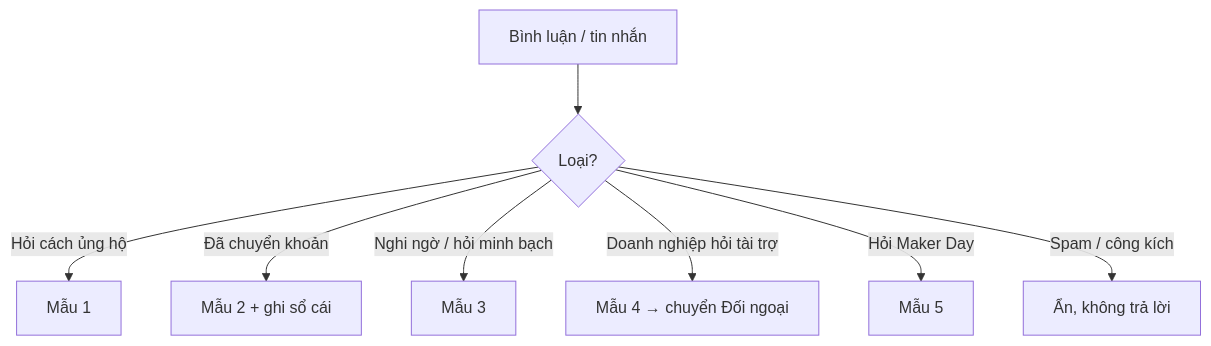
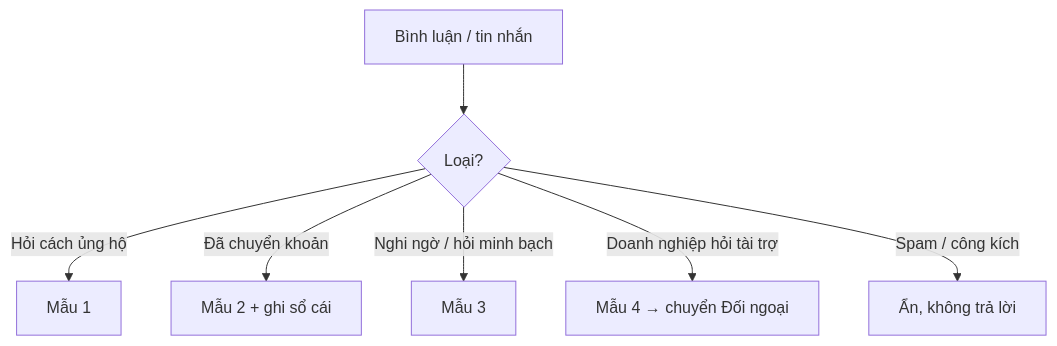
One commit to Minhmice/roboticssocson changed the diagram in docs/campaign-2026-2027/social/captions/C02-tra-loi-binh-luan.md. Above: the diagram before and after it, drawn with Mermaid. The commit also changed other lines of this file and 367 other files, not shown here.

````diff
--- a/docs/campaign-2026-2027/social/captions/C02-tra-loi-binh-luan.md
+++ b/docs/campaign-2026-2027/social/captions/C02-tra-loi-binh-luan.md
@@ -5,10 +5,9 @@
 ```mermaid
 flowchart TD
   A[Bình luận / tin nhắn] --> B{Loại?}
   B -->|Hỏi cách ủng hộ| C[Mẫu 1]
   B -->|Đã chuyển khoản| D[Mẫu 2 + ghi sổ cái]
   B -->|Nghi ngờ / hỏi minh bạch| E[Mẫu 3]
   B -->|Doanh nghiệp hỏi tài trợ| F[Mẫu 4 → chuyển Đối ngoại]
-  B -->|Hỏi Maker Day| G[Mẫu 5]
-  B -->|Spam / công kích| H[Ẩn, không trả lời]
+  B -->|Spam / công kích| G[Ẩn, không trả lời]
 ```
````
